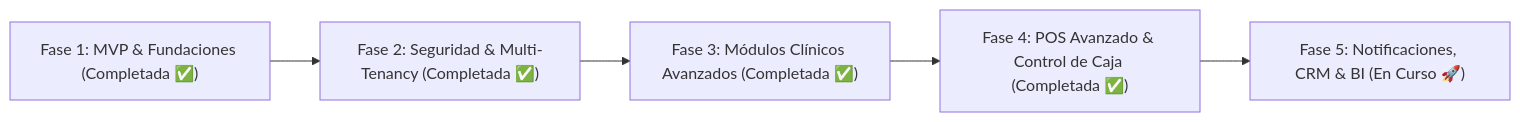
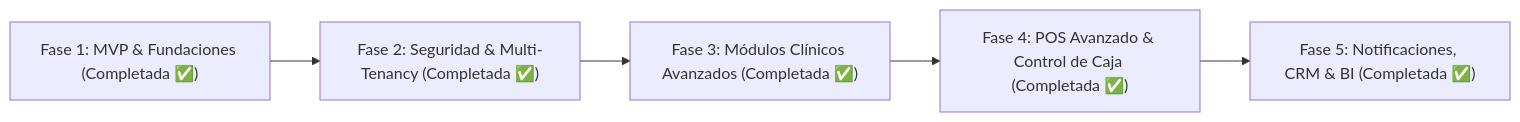
The diagram in PLAN_DE_DESARROLLO.md (altusmarketingdigital-mx/Sistema-Veterinario---Altus-PetCloud), drawn with Mermaid before and after one commit. The commit also changed other lines of this file, not shown here.

````diff
--- a/PLAN_DE_DESARROLLO.md
+++ b/PLAN_DE_DESARROLLO.md
@@ -10,7 +10,7 @@
 ```mermaid
 flowchart LR
     A["Fase 1: MVP & Fundaciones (Completada ✅)"] --> B["Fase 2: Seguridad & Multi-Tenancy (Completada ✅)"]
     B --> C["Fase 3: Módulos Clínicos Avanzados (Completada ✅)"]
     C --> D["Fase 4: POS Avanzado & Control de Caja (Completada ✅)"]
-    D --> E["Fase 5: Notificaciones, CRM & BI (En Curso 🚀)"]
+    D --> E["Fase 5: Notificaciones, CRM & BI (Completada ✅)"]
 ```
````
